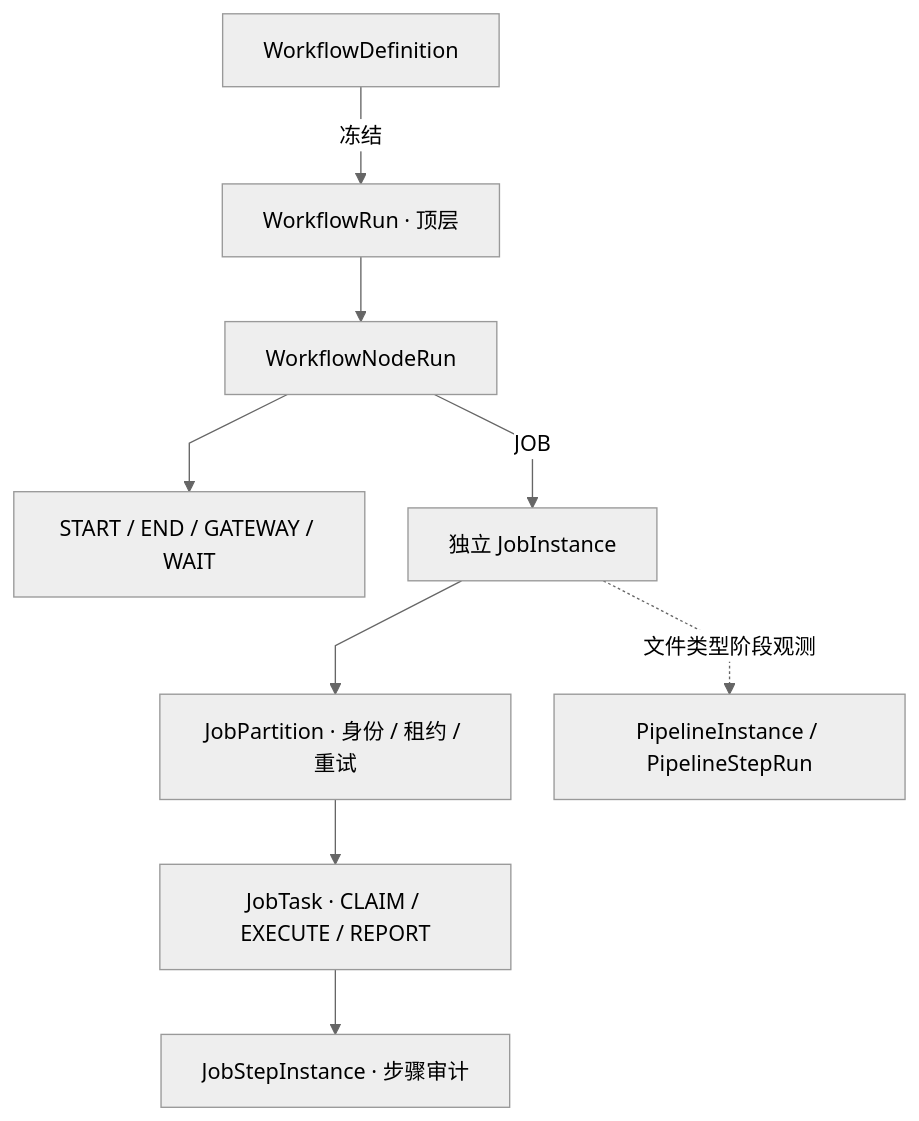
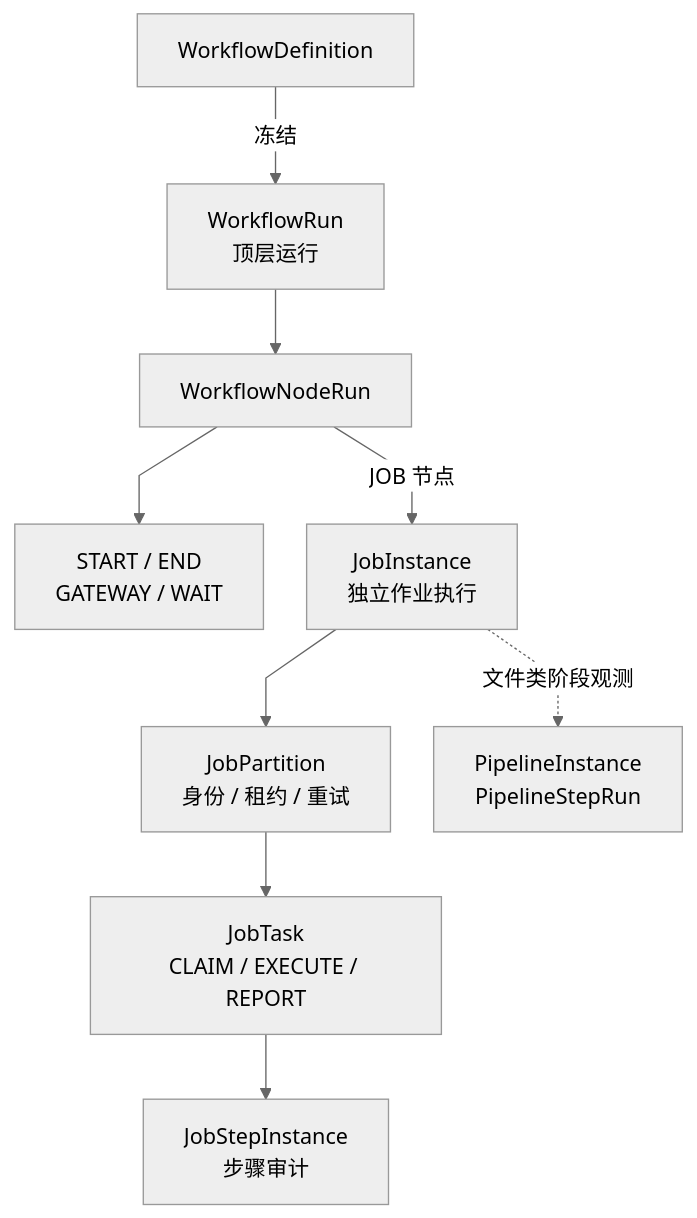
The first of 6 diagrams in docs/architecture/core-model.md (pinpols/file-batch-system), drawn with Mermaid (neutral theme) before and after one commit. The commit also changed other lines of this file and 11 other files, not shown here.

````diff
--- a/docs/architecture/core-model.md
+++ b/docs/architecture/core-model.md
@@ -52,12 +52,12 @@
 ```mermaid
 %%{init: {"flowchart":{"curve":"linear","nodeSpacing":32,"rankSpacing":48},"sequence":{"mirrorActors":false}}}%%
 flowchart TB
-  D["WorkflowDefinition"] -->|"冻结"| R["WorkflowRun · 顶层"]
+  D["WorkflowDefinition"] -->|"冻结"| R["WorkflowRun<br/>顶层运行"]
   R --> N["WorkflowNodeRun"]
-  N --> C["START / END / GATEWAY / WAIT"]
-  N -->|"JOB"| J["独立 JobInstance"]
-  J --> P["JobPartition · 身份 / 租约 / 重试"]
-  P --> T["JobTask · CLAIM / EXECUTE / REPORT"]
-  T --> S["JobStepInstance · 步骤审计"]
-  J -. "文件类型阶段观测" .-> PI["PipelineInstance / PipelineStepRun"]
+  N --> C["START / END<br/>GATEWAY / WAIT"]
+  N -->|"JOB 节点"| J["JobInstance<br/>独立作业执行"]
+  J --> P["JobPartition<br/>身份 / 租约 / 重试"]
+  P --> T["JobTask<br/>CLAIM / EXECUTE / REPORT"]
+  T --> S["JobStepInstance<br/>步骤审计"]
+  J -. "文件类阶段观测" .-> PI["PipelineInstance<br/>PipelineStepRun"]
 ```
````
